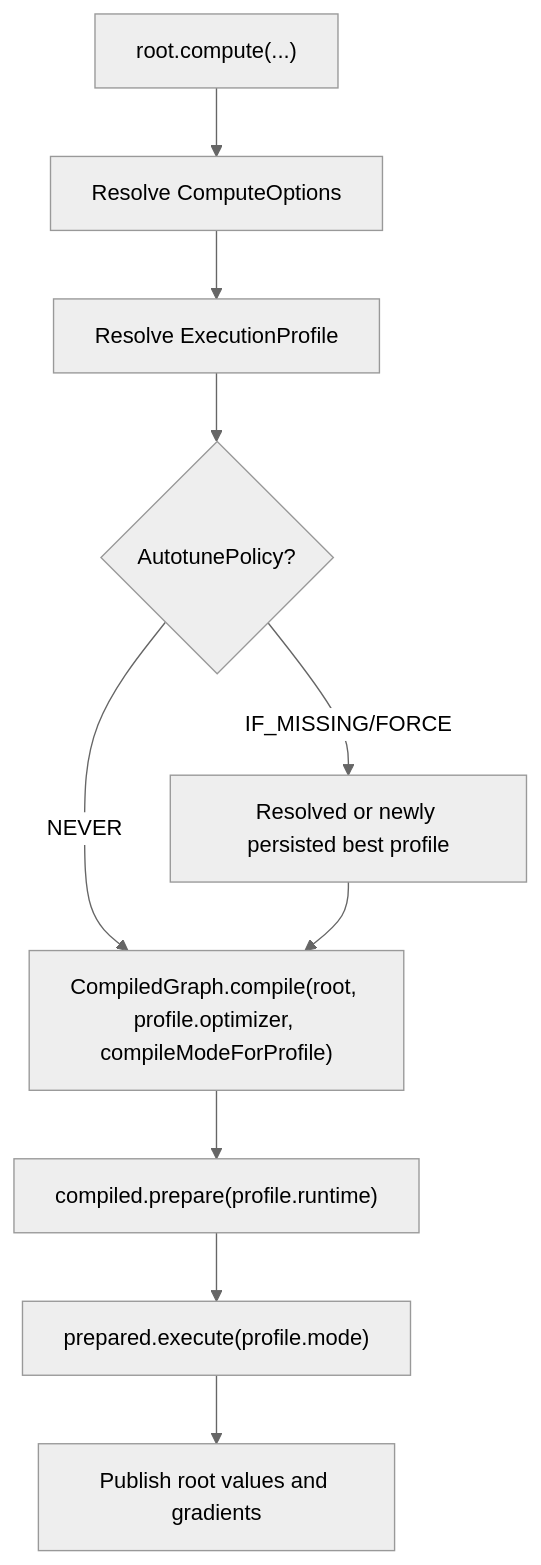
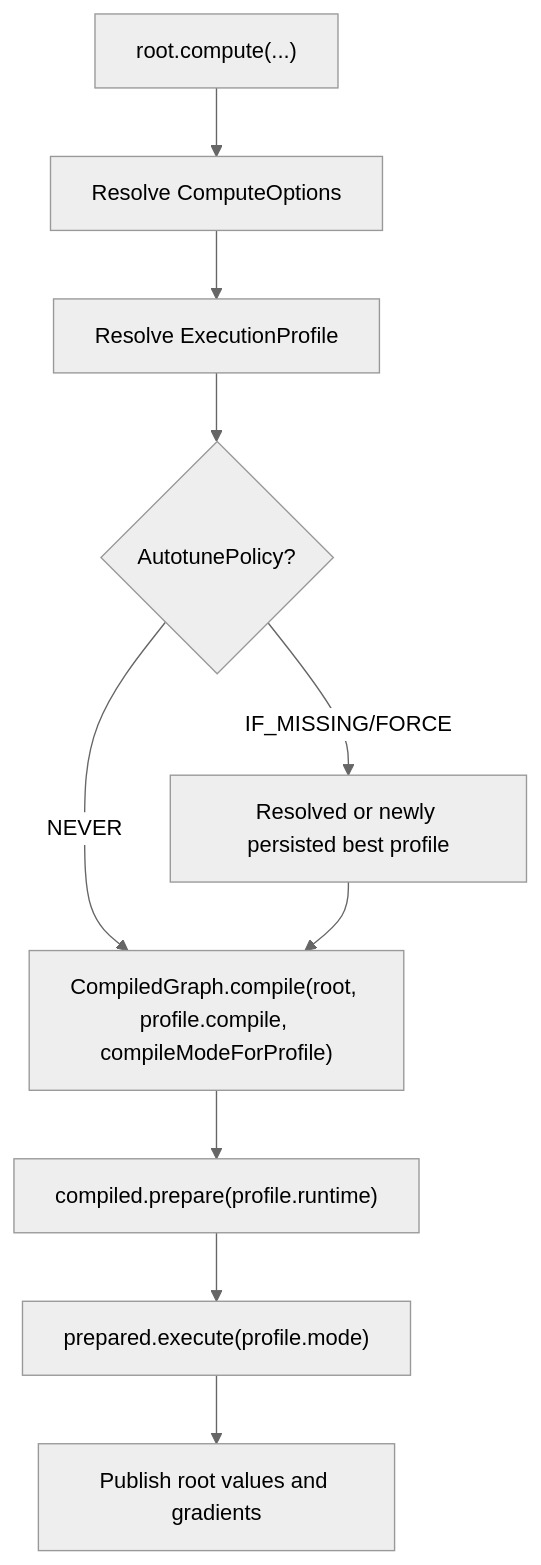
Before and after one commit to pho001/Synaptik: the fourth of 8 diagrams in docs/compute-flow.md, drawn with Mermaid (neutral theme). The commit also changed other lines of this file and 34 other files, not shown here.

Commit message:
docs: align architecture with compile planning model

````diff
--- a/docs/compute-flow.md
+++ b/docs/compute-flow.md
@@ -296,17 +296,17 @@
 ```mermaid
 flowchart TD
     Call["root.compute(...)"]
     Options["Resolve ComputeOptions"]
     Profile["Resolve ExecutionProfile"]
     Autotune{"AutotunePolicy?"}
     TunedProfile["Resolved or newly persisted best profile"]
-    Compile["CompiledGraph.compile(root, profile.optimizer, compileModeForProfile)"]
+    Compile["CompiledGraph.compile(root, profile.compile, compileModeForProfile)"]
     Prepare["compiled.prepare(profile.runtime)"]
     Execute["prepared.execute(profile.mode)"]
     Publish["Publish root values and gradients"]
 
     Call --> Options --> Profile --> Autotune
     Autotune -- NEVER --> Compile
     Autotune -- IF_MISSING/FORCE --> TunedProfile --> Compile
     Compile --> Prepare --> Execute --> Publish
 ```
````
